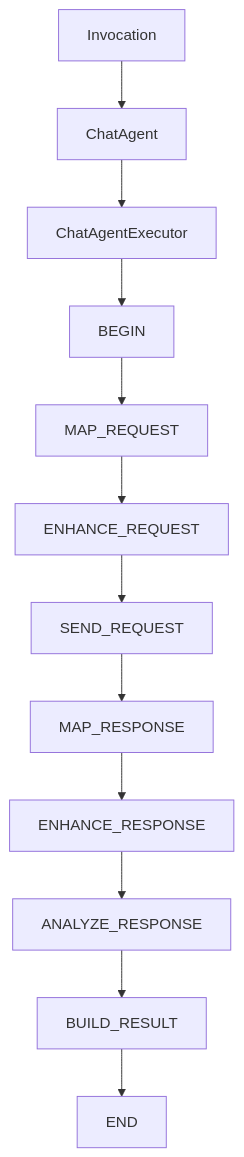
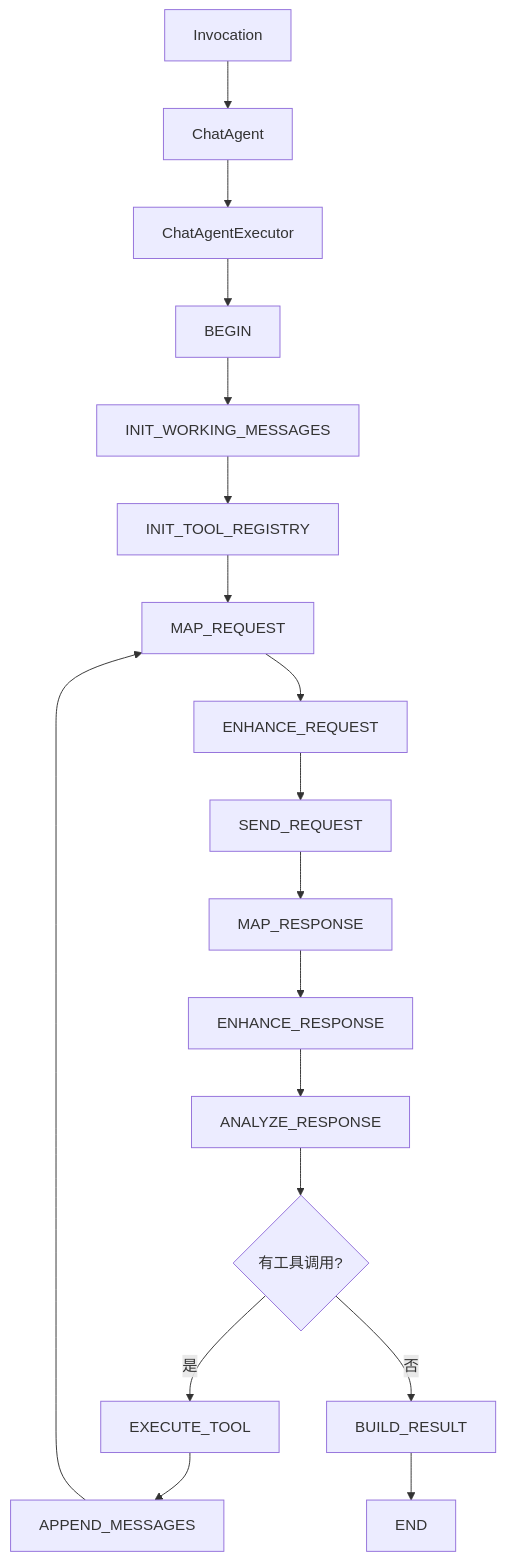
Before and after one commit to Halcyonsong/liteagent-template: the second of 3 diagrams in README.md, drawn with Mermaid. The commit also changed other lines of this file and 55 other files, not shown here.

````diff
--- a/README.md
+++ b/README.md
@@ -52,14 +49,20 @@
 ```mermaid
 flowchart TD
     B1[Invocation] --> B2[ChatAgent]
     B2 --> B3[ChatAgentExecutor]
     B3 --> B4[BEGIN]
-    B4 --> B5[MAP_REQUEST]
-    B5 --> B6[ENHANCE_REQUEST]
-    B6 --> B7[SEND_REQUEST]
-    B7 --> B8[MAP_RESPONSE]
-    B8 --> B9[ENHANCE_RESPONSE]
-    B9 --> B10[ANALYZE_RESPONSE]
-    B10 --> B11[BUILD_RESULT]
-    B11 --> B12[END]
+    B4 --> B5[INIT_WORKING_MESSAGES]
+    B5 --> B6[INIT_TOOL_REGISTRY]
+    B6 --> B7[MAP_REQUEST]
+    B7 --> B8[ENHANCE_REQUEST]
+    B8 --> B9[SEND_REQUEST]
+    B9 --> B10[MAP_RESPONSE]
+    B10 --> B11[ENHANCE_RESPONSE]
+    B11 --> B12[ANALYZE_RESPONSE]
+    B12 --> B13{有工具调用?}
+    B13 -- 是 --> B14[EXECUTE_TOOL]
+    B14 --> B15[APPEND_MESSAGES]
+    B15 --> B7
+    B13 -- 否 --> B16[BUILD_RESULT]
+    B16 --> B17[END]
 ```
````
